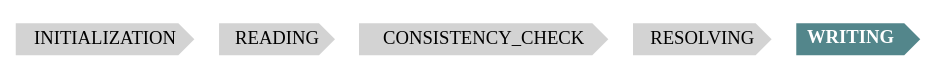
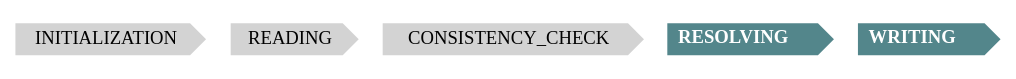
Before and after one commit to DocumentationBook/SphinxDocumentation: the diagram in research/sphinx/write/phases_write.gv, drawn with Graphviz. The commit also changed 12 other files, not shown here.

Commit message:
RESOLVE and WRITING phases started.

```diff
--- a/research/sphinx/write/phases_write.gv
+++ b/research/sphinx/write/phases_write.gv
@@ -1,9 +1,9 @@
 digraph {
 //	graph [rankdir=LR]
 	node [color=none fillcolor=lightgrey shape=cds style=filled]
-	"init" [label=INITIALIZATION href="../research/sphinx/app_init/" target=_top]
-	"read" [label=READING href="../research/sphinx/read/" target=_top]
-	"consistency" [label=CONSISTENCY_CHECK href="../research/sphinx/consistency/" target=_top]
-	"resolve" [label=RESOLVING href="../research/sphinx/resolve/" target=_top]
-	"write" [label=<<b>WRITING</b>> fillcolor=cadetblue4 fontcolor=white href="../research/sphinx/write/" target=_top]
+	"init" [label="INITIALIZATION  " href="../research/sphinx/app_init/" target=_top]
+	"read" [label="READING  " href="../research/sphinx/read/" target=_top]
+	"consistency" [label="CONSISTENCY_CHECK  " href="../research/sphinx/consistency/" target=_top]
+	"resolve" [label=<<b>RESOLVING &#160;&#160;</b>> fillcolor=cadetblue4 fontcolor=white href="../research/sphinx/resolve/" target=_top]
+	"write" [label=<<b>WRITING &#160;&#160;</b>> fillcolor=cadetblue4 fontcolor=white href="../research/sphinx/write/" target=_top]
 }
```
